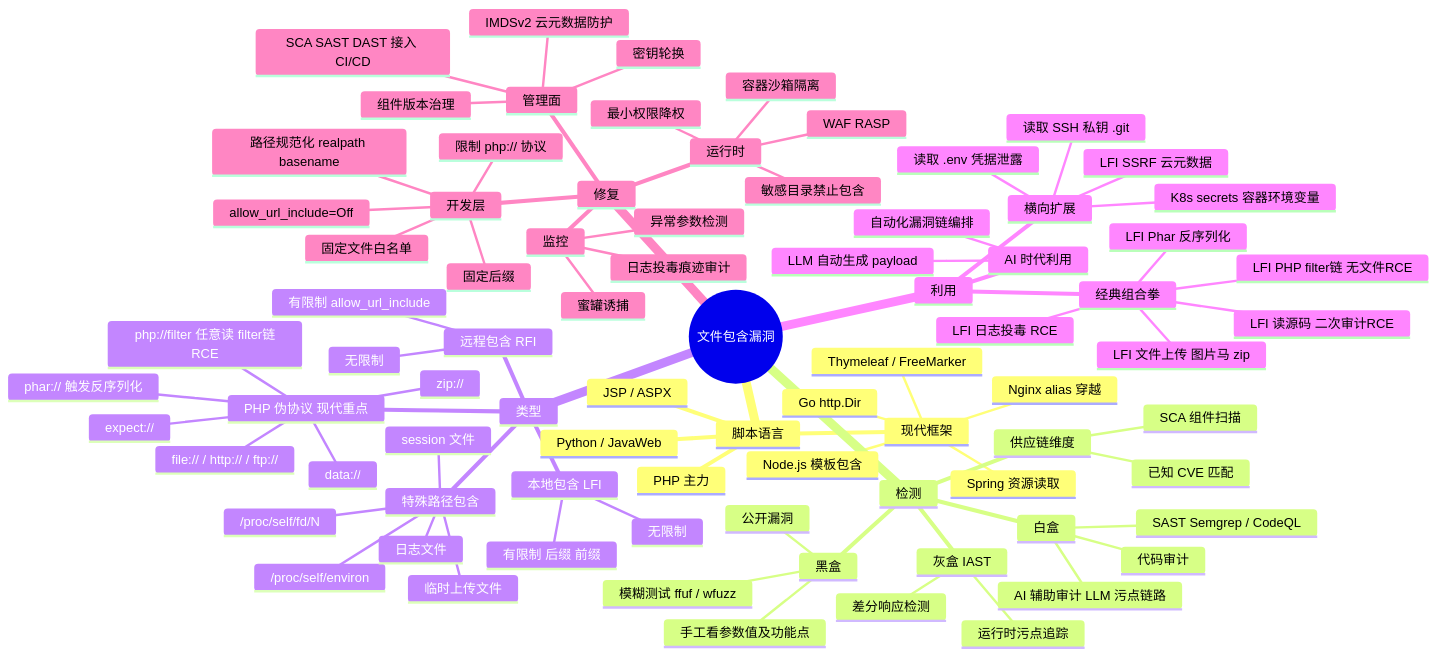
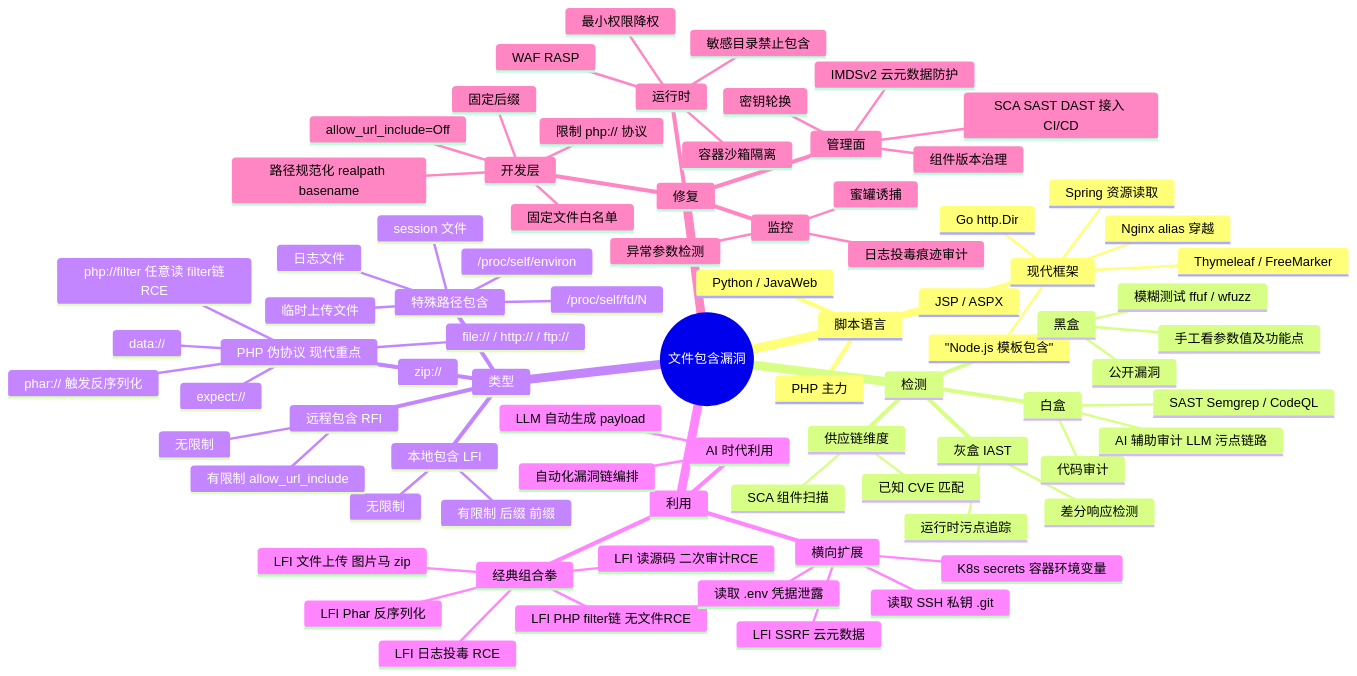
The diagram in 2026-08-05-文件包含漏洞详解.md (Monney-sys/daily-learning), drawn with Mermaid before and after one commit.

Commit message:
Fix Mermaid mindmap: quote Node.js to prevent dot parsing issue

```diff
--- a/2026-08-05-文件包含漏洞详解.md
+++ b/2026-08-05-文件包含漏洞详解.md
@@ -12,7 +12,7 @@
       JSP / ASPX
       Python / JavaWeb
       现代框架
-        Node.js 模板包含
+        "Node.js 模板包含"
         Go http.Dir
         Spring 资源读取
         Thymeleaf / FreeMarker
```
